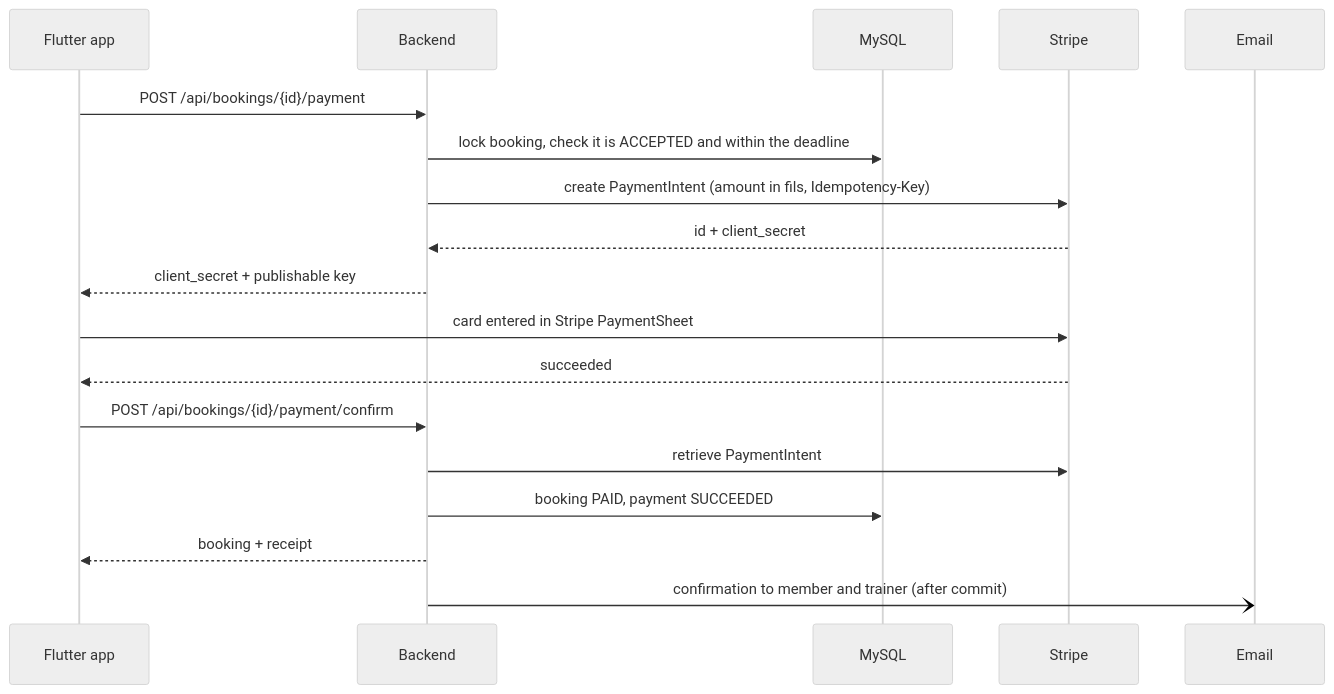
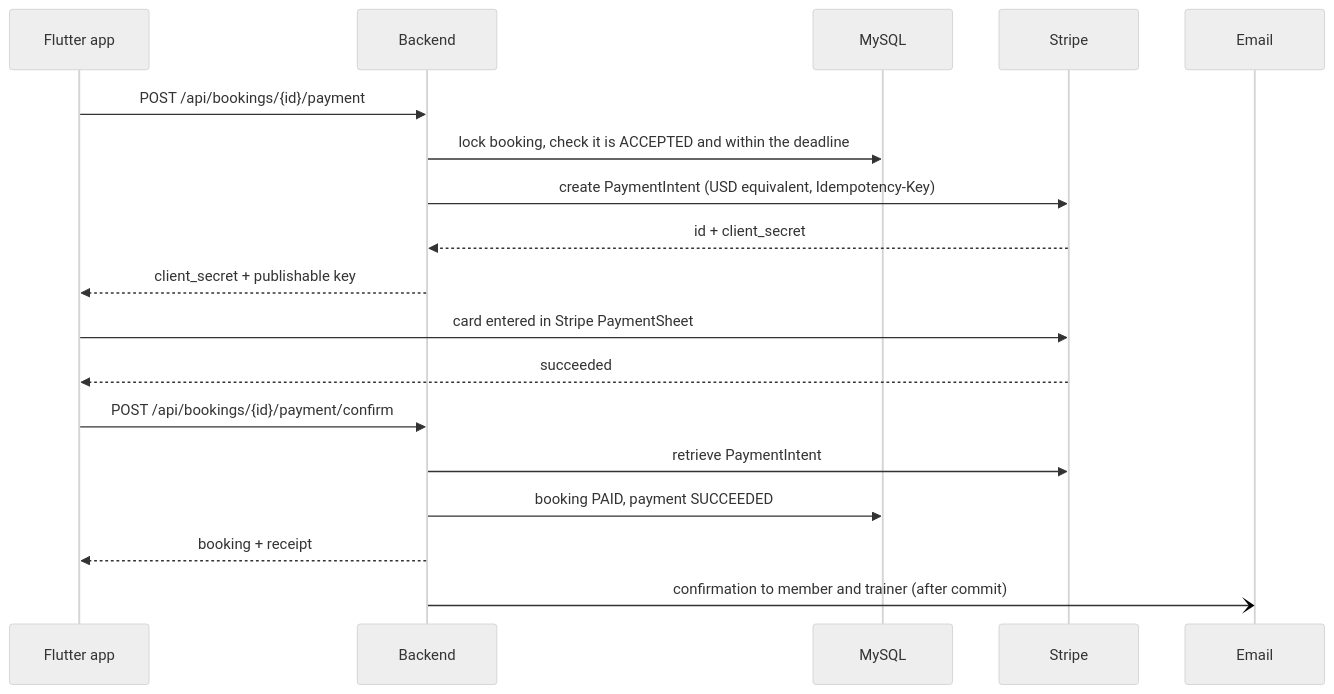
One commit to Malikalqasrawi/gym-booking-backend changed the second of 2 diagrams in README.md. Above: the diagram before and after it, drawn with Mermaid (neutral theme). The commit also changed other lines of this file and 11 other files, not shown here.

Commit message:
feat: charge Stripe in USD at the fixed JOD peg

````diff
--- a/README.md
+++ b/README.md
@@ -61,21 +61,21 @@
 ```mermaid
 sequenceDiagram
     participant App as Flutter app
     participant API as Backend
     participant DB as MySQL
     participant Stripe
     participant Mail as Email
 
     App->>API: POST /api/bookings/{id}/payment
     API->>DB: lock booking, check it is ACCEPTED and within the deadline
-    API->>Stripe: create PaymentIntent (amount in fils, Idempotency-Key)
+    API->>Stripe: create PaymentIntent (USD equivalent, Idempotency-Key)
     Stripe-->>API: id + client_secret
     API-->>App: client_secret + publishable key
     App->>Stripe: card entered in Stripe PaymentSheet
     Stripe-->>App: succeeded
     App->>API: POST /api/bookings/{id}/payment/confirm
     API->>Stripe: retrieve PaymentIntent
     API->>DB: booking PAID, payment SUCCEEDED
     API-->>App: booking + receipt
     API-)Mail: confirmation to member and trainer (after commit)
 ```
````
